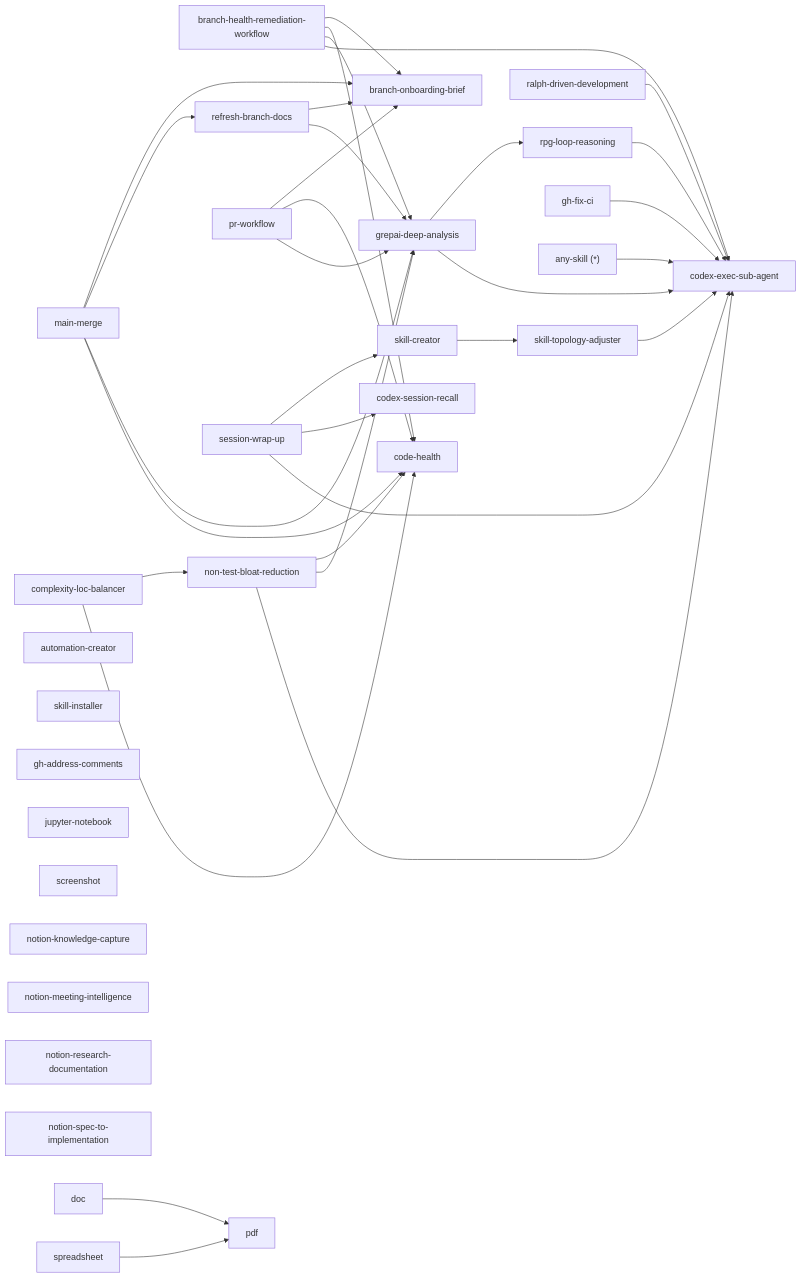
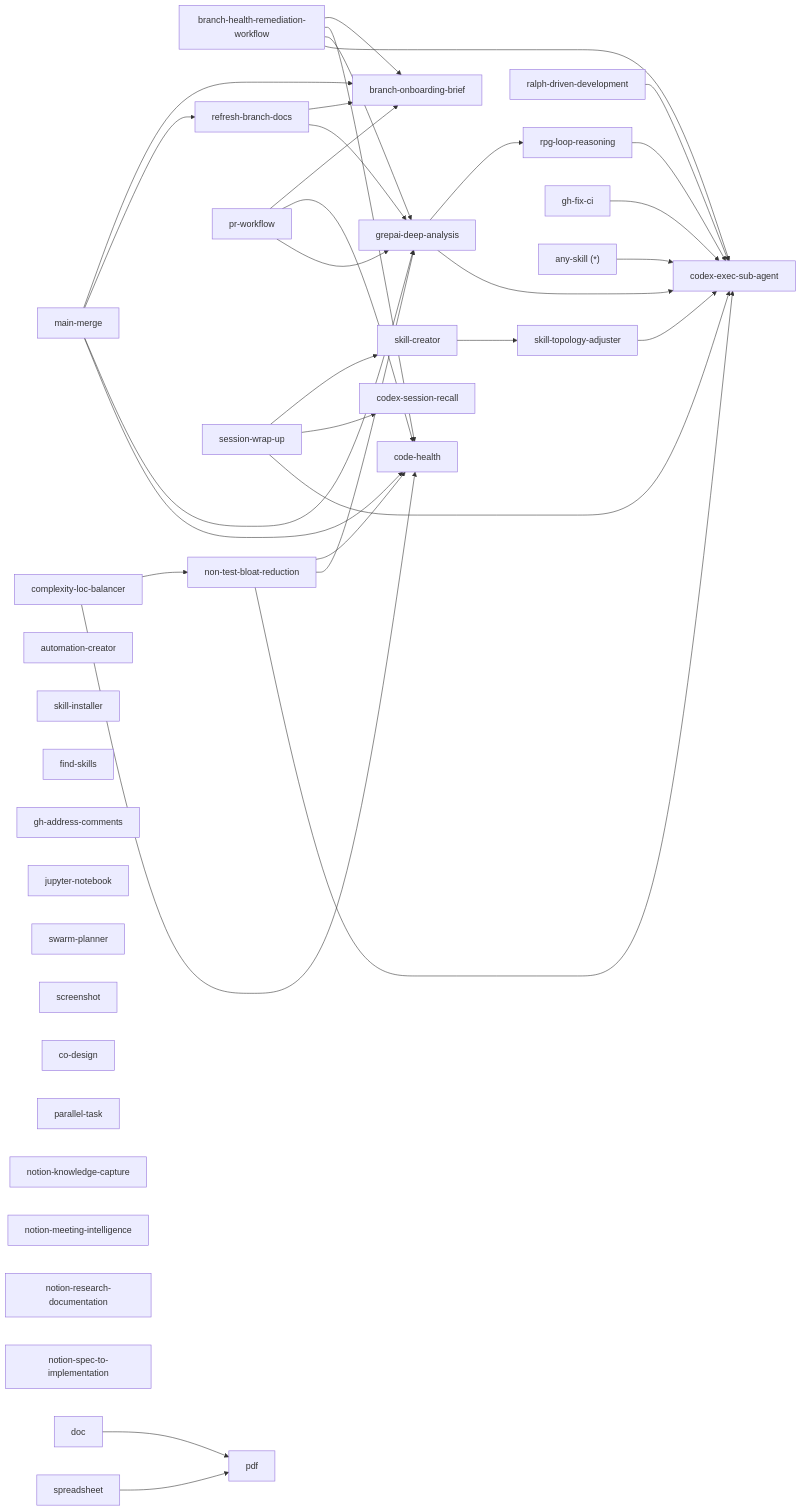
The first of 2 diagrams in skills/skill-topology-adjuster/references/skill_topology.md (tinker495/codex-assets), drawn with Mermaid before and after one commit. The commit also changed other lines of this file and 39 other files, not shown here.

````diff
--- a/skills/skill-topology-adjuster/references/skill_topology.md
+++ b/skills/skill-topology-adjuster/references/skill_topology.md
@@ -98,57 +102,61 @@
 ```mermaid
 flowchart LR
   BHRW["branch-health-remediation-workflow"] --> BOB["branch-onboarding-brief"]
   BHRW --> CH["code-health"]
   BHRW --> GDA["grepai-deep-analysis"]
 
   NTBR["non-test-bloat-reduction"] --> CH
   NTBR --> GDA
 
   CLB["complexity-loc-balancer"] --> NTBR
   CLB --> CH
 
   MM["main-merge"] --> BOB
   MM --> RBD["refresh-branch-docs"]
   MM --> GDA
   MM --> CH
 
   RBD --> BOB
   RBD --> GDA
 
   GDA --> RLR["rpg-loop-reasoning"]
 
   PR["pr-workflow"] --> BOB
   PR --> CH
   PR --> GDA
 
   RDD["ralph-driven-development"]
 
   SWU["session-wrap-up"] --> SC["skill-creator"]
   SWU --> CSR["codex-session-recall"]
 
   SC --> STA["skill-topology-adjuster"]
 
   AC["automation-creator"]
   SI["skill-installer"]
+  FS["find-skills"]
   GHF["gh-fix-ci"]
   GHC["gh-address-comments"]
   JNB["jupyter-notebook"]
+  SP["swarm-planner"]
   SHOT["screenshot"]
+  CD["co-design"]
+  PT["parallel-task"]
   NKC["notion-knowledge-capture"]
   NMI["notion-meeting-intelligence"]
   NRD["notion-research-documentation"]
   NSI["notion-spec-to-implementation"]
 
   DOC["doc"] --> PDF["pdf"]
   SS["spreadsheet"] --> PDF
   ANY["any-skill (*)"] --> CESA["codex-exec-sub-agent"]
 
   GDA --> CESA
   BHRW --> CESA
   NTBR --> CESA
   RLR --> CESA
   STA --> CESA
   RDD --> CESA
   SWU --> CESA
   GHF --> CESA
 ```
````
